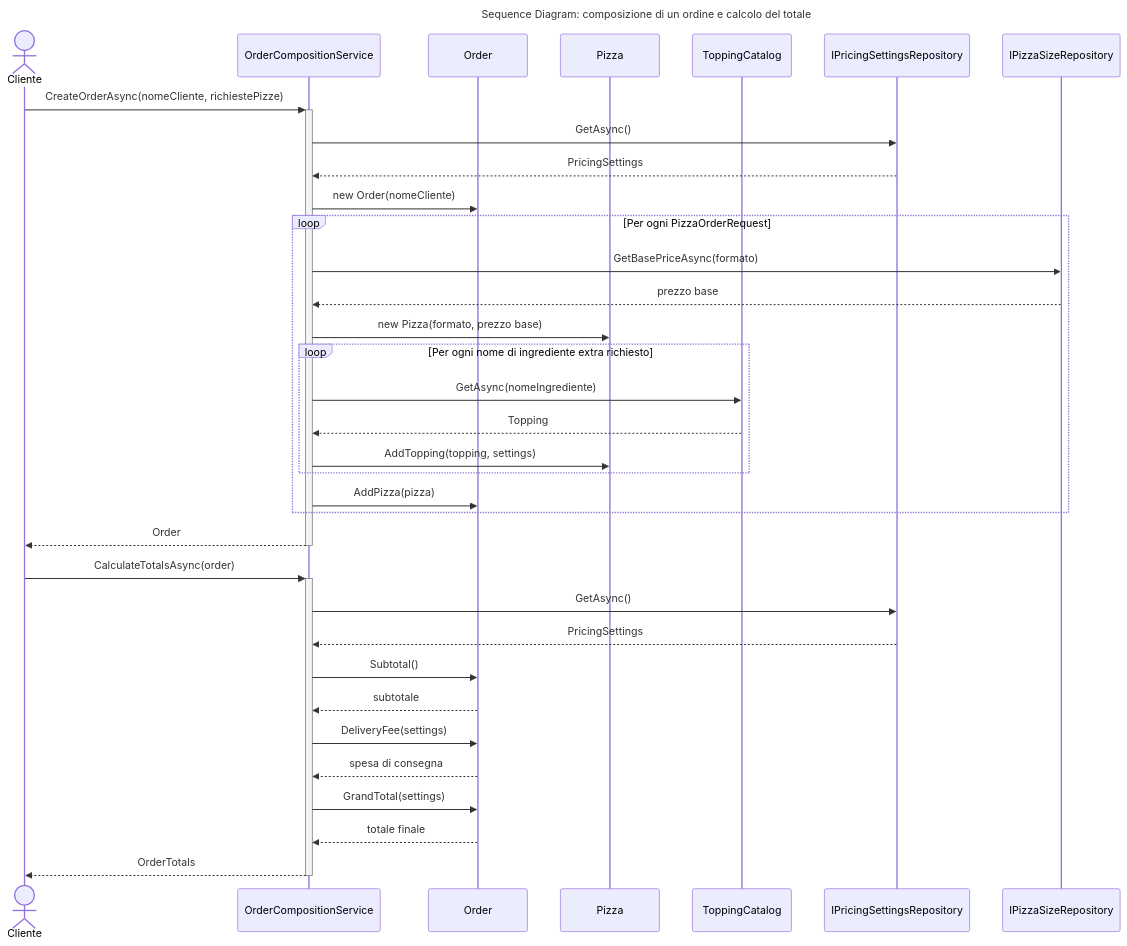
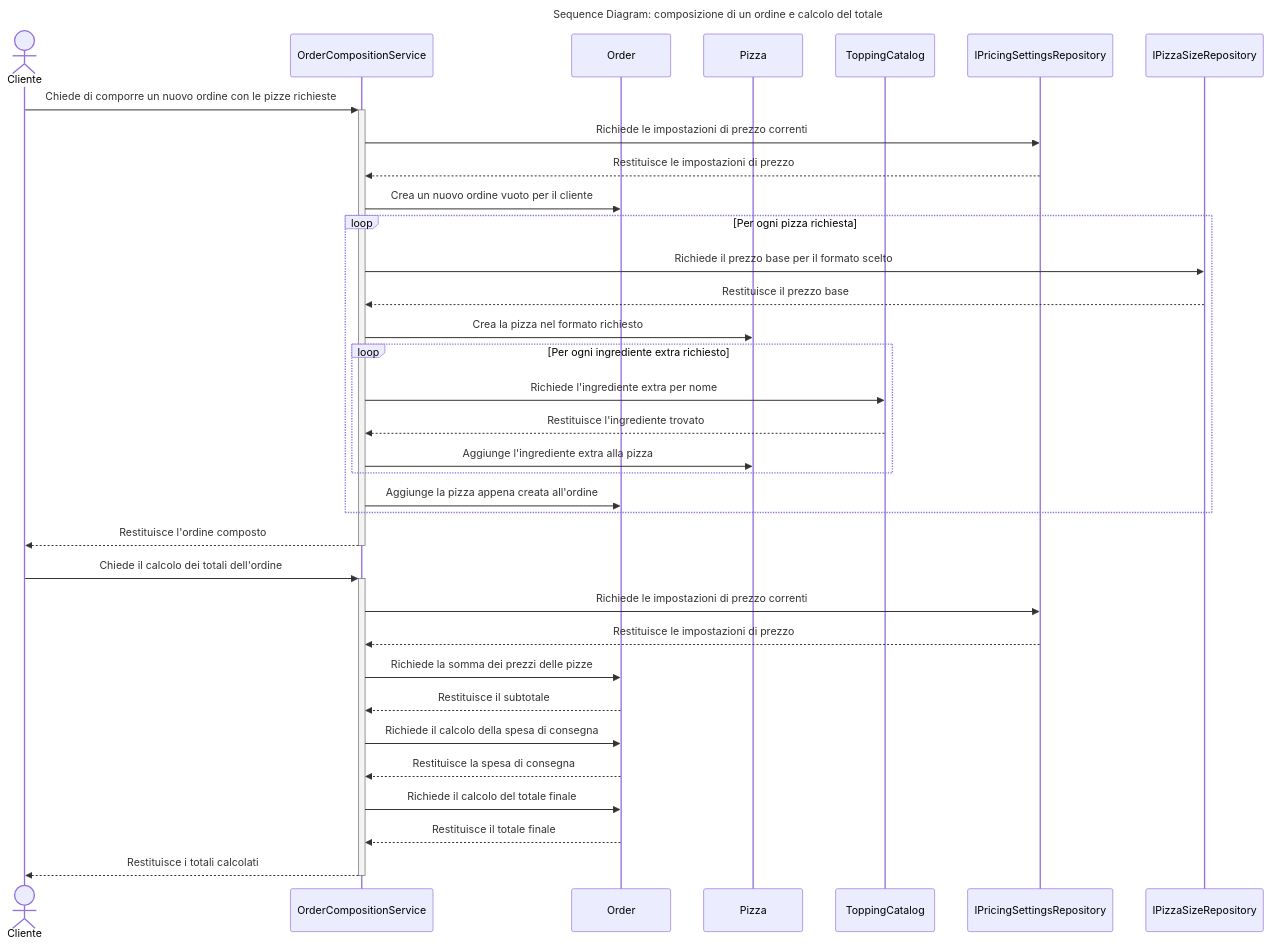
One commit to Timon-code95/PizzaShop changed the diagram in docs/c4-model/05-sequence-diagram.md. Above: the diagram before and after it, drawn with Mermaid. The commit also changed other lines of this file, not shown here.

Commit message:
Modifica diagramma di sequenza

````diff
--- a/docs/c4-model/05-sequence-diagram.md
+++ b/docs/c4-model/05-sequence-diagram.md
@@ -12,44 +12,44 @@
 ```mermaid
 ---
 title: "Sequence Diagram: composizione di un ordine e calcolo del totale"
 ---
 sequenceDiagram
 	actor Cliente
 	participant OrderCompositionService
 	participant Order
 	participant Pizza
 	participant ToppingCatalog
 	participant PricingSettingsRepository as IPricingSettingsRepository
 	participant PizzaSizeRepository as IPizzaSizeRepository
 
-	Cliente->>+OrderCompositionService: CreateOrderAsync(nomeCliente, richiestePizze)
-	OrderCompositionService->>PricingSettingsRepository: GetAsync()
-	PricingSettingsRepository-->>OrderCompositionService: PricingSettings
-	OrderCompositionService->>Order: new Order(nomeCliente)
+	Cliente->>+OrderCompositionService: Chiede di comporre un nuovo ordine con le pizze richieste
+	OrderCompositionService->>PricingSettingsRepository: Richiede le impostazioni di prezzo correnti
+	PricingSettingsRepository-->>OrderCompositionService: Restituisce le impostazioni di prezzo
+	OrderCompositionService->>Order: Crea un nuovo ordine vuoto per il cliente
 
-	loop Per ogni PizzaOrderRequest
-		OrderCompositionService->>PizzaSizeRepository: GetBasePriceAsync(formato)
-		PizzaSizeRepository-->>OrderCompositionService: prezzo base
-		OrderCompositionService->>Pizza: new Pizza(formato, prezzo base)
-		loop Per ogni nome di ingrediente extra richiesto
-			OrderCompositionService->>ToppingCatalog: GetAsync(nomeIngrediente)
-			ToppingCatalog-->>OrderCompositionService: Topping
-			OrderCompositionService->>Pizza: AddTopping(topping, settings)
+	loop Per ogni pizza richiesta
+		OrderCompositionService->>PizzaSizeRepository: Richiede il prezzo base per il formato scelto
+		PizzaSizeRepository-->>OrderCompositionService: Restituisce il prezzo base
+		OrderCompositionService->>Pizza: Crea la pizza nel formato richiesto
+		loop Per ogni ingrediente extra richiesto
+			OrderCompositionService->>ToppingCatalog: Richiede l'ingrediente extra per nome
+			ToppingCatalog-->>OrderCompositionService: Restituisce l'ingrediente trovato
+			OrderCompositionService->>Pizza: Aggiunge l'ingrediente extra alla pizza
 		end
-		OrderCompositionService->>Order: AddPizza(pizza)
+		OrderCompositionService->>Order: Aggiunge la pizza appena creata all'ordine
 	end
 
-	OrderCompositionService-->>-Cliente: Order
+	OrderCompositionService-->>-Cliente: Restituisce l'ordine composto
 
-	Cliente->>+OrderCompositionService: CalculateTotalsAsync(order)
-	OrderCompositionService->>PricingSettingsRepository: GetAsync()
-	PricingSettingsRepository-->>OrderCompositionService: PricingSettings
-	OrderCompositionService->>Order: Subtotal()
-	Order-->>OrderCompositionService: subtotale
-	OrderCompositionService->>Order: DeliveryFee(settings)
-	Order-->>OrderCompositionService: spesa di consegna
-	OrderCompositionService->>Order: GrandTotal(settings)
-	Order-->>OrderCompositionService: totale finale
+	Cliente->>+OrderCompositionService: Chiede il calcolo dei totali dell'ordine
+	OrderCompositionService->>PricingSettingsRepository: Richiede le impostazioni di prezzo correnti
+	PricingSettingsRepository-->>OrderCompositionService: Restituisce le impostazioni di prezzo
+	OrderCompositionService->>Order: Richiede la somma dei prezzi delle pizze
+	Order-->>OrderCompositionService: Restituisce il subtotale
+	OrderCompositionService->>Order: Richiede il calcolo della spesa di consegna
+	Order-->>OrderCompositionService: Restituisce la spesa di consegna
+	OrderCompositionService->>Order: Richiede il calcolo del totale finale
+	Order-->>OrderCompositionService: Restituisce il totale finale
 
-	OrderCompositionService-->>-Cliente: OrderTotals
+	OrderCompositionService-->>-Cliente: Restituisce i totali calcolati
 ```
````
